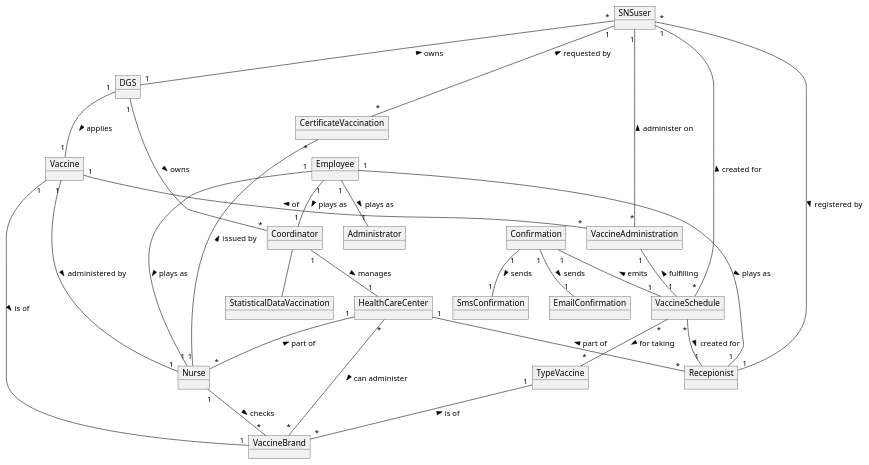
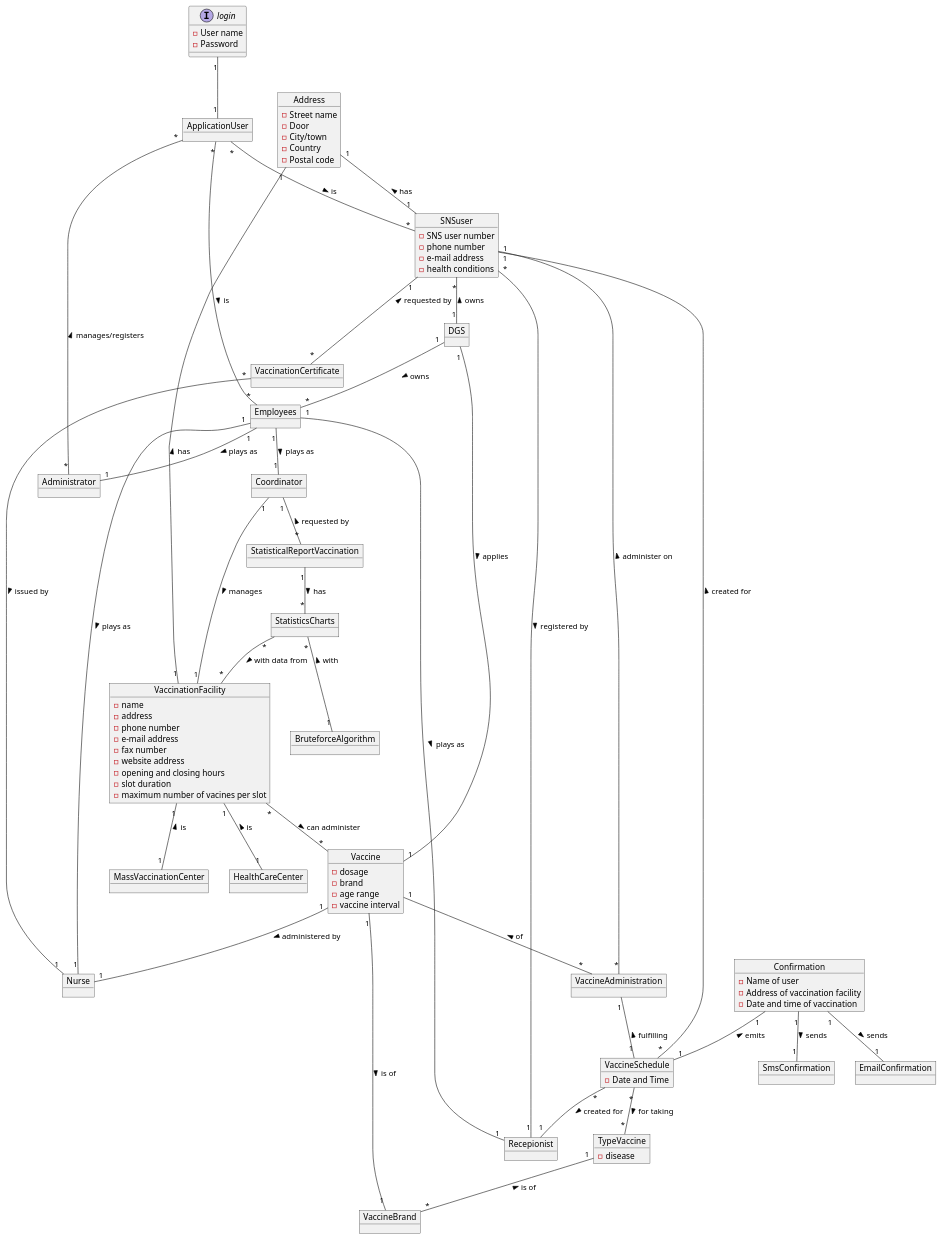
One commit to osnilas/SNSsystem changed the diagram in docs/SprintA/DM.puml. Above: the diagram before and after it, drawn with PlantUML.

Commit message:
Domain model: final

```diff
--- a/docs/SprintA/DM.puml
+++ b/docs/SprintA/DM.puml
@@ -1,54 +1,106 @@
 @startuml
 'https://plantuml.com/object-diagram
 
-object SNSuser
+interface login{
+-User name
+-Password
+}
+object SNSuser{
+-SNS user number
+-phone number
+-e-mail address
+-health conditions
+}
 object DGS
 object Administrator
 object Coordinator
 object Nurse
 object Recepionist
+object VaccinationFacility{
+-name
+-address
+-phone number
+-e-mail address
+-fax number
+-website address
+-opening and closing hours
+-slot duration
+-maximum number of vacines per slot
+}
+object StatisticalReportVaccination
+object MassVaccinationCenter
 object HealthCareCenter
 object VaccineBrand
-object TypeVaccine
-object Vaccine
-object VaccineSchedule
-object StatisticalDataVaccination
-object CertificateVaccination
+object TypeVaccine{
+-disease
+}
+object Vaccine{
+-dosage
+-brand
+-age range
+-vaccine interval
+}
+object VaccineSchedule{
+-Date and Time
+}
+object VaccinationCertificate
 object VaccineAdministration
-object Confirmation
+object Confirmation{
+-Name of user
+-Address of vaccination facility
+-Date and time of vaccination
+}
 object SmsConfirmation
 object EmailConfirmation
-object Employee
+object Employees
+object StatisticsCharts
+object BruteforceAlgorithm
+object ApplicationUser
+object Address{
+-Street name
+-Door
+-City/town
+-Country
+-Postal code
+}
 
+ApplicationUser"*" -- "*"Employees: > is
+ApplicationUser"*" -- "*"SNSuser: > is
+Administrator"*" -- "*" ApplicationUser: > manages/registers
+login"1"--"1"ApplicationUser
 SNSuser"*"--"1" DGS : < owns
-DGS"1" -- "*"Coordinator : > owns
+DGS"1" -- "*"Employees : > owns
 DGS "1"--"1" Vaccine : > applies
-Employee"1"--"1" Recepionist: > plays as
-Employee"1"--"1" Nurse: > plays as
-Employee"1"--"1" Coordinator: > plays as
-Employee"1"--"1" Administrator: > plays as
+Employees"1"--"1" Recepionist: > plays as
+Employees"1"--"1" Nurse: > plays as
+Employees"1"--"1" Coordinator: > plays as
+Employees"1"--"1" Administrator: > plays as
+Address"1"--"1" VaccinationFacility: < has
+Address"1"--"1" SNSuser: < has
 TypeVaccine "1"--"*"VaccineBrand : < is of
-SNSuser "1"--"*" CertificateVaccination: < requested by
-Coordinator"1" --"1" HealthCareCenter: > manages
-HealthCareCenter "1"--"*" Nurse: < part of
-HealthCareCenter "1"--"*" Recepionist: < part of
-Nurse "1"--"*" VaccineBrand: > checks
-Coordinator -- StatisticalDataVaccination
-HealthCareCenter "*"--"*" VaccineBrand: > can administer
+SNSuser "1"--"*" VaccinationCertificate: < requested by
+Coordinator"1" --"1" VaccinationFacility: > manages
+VaccinationFacility"1"--"1" MassVaccinationCenter: < is
+VaccinationFacility"1"--"1" HealthCareCenter: < is
+Coordinator"1" -- "*"StatisticalReportVaccination: < requested by
+StatisticalReportVaccination"1" -- "*"StatisticsCharts: > has
+StatisticsCharts"*" -- "1"BruteforceAlgorithm: < with
+StatisticsCharts"*" -- "*"VaccinationFacility: > with data from
+VaccinationFacility "*"--"*" Vaccine: > can administer
 VaccineSchedule"*" -- "1"SNSuser: > created for
 VaccineSchedule"*" -- "1"Recepionist: > created for
 VaccineSchedule"*" -- "*"TypeVaccine:> for taking
 Vaccine"1" -- "1"Nurse: > administered by
 Vaccine"1" -- "*"VaccineAdministration: < of
 Vaccine"1" --"1" VaccineBrand:> is of
 Recepionist"1" -- "*"SNSuser: < registered by
 VaccineAdministration"*" -- "1"SNSuser: > administer on
 VaccineAdministration"1" -- "1"VaccineSchedule: < fulfilling
-CertificateVaccination"*" -- "1"Nurse: < issued by
+VaccinationCertificate"*" -- "1"Nurse: > issued by
 Confirmation"1" -- "1"VaccineSchedule: < emits
 Confirmation"1" -- "1"SmsConfirmation:> sends
 Confirmation "1"--"1" EmailConfirmation: > sends
 
 
 
 @enduml
```
